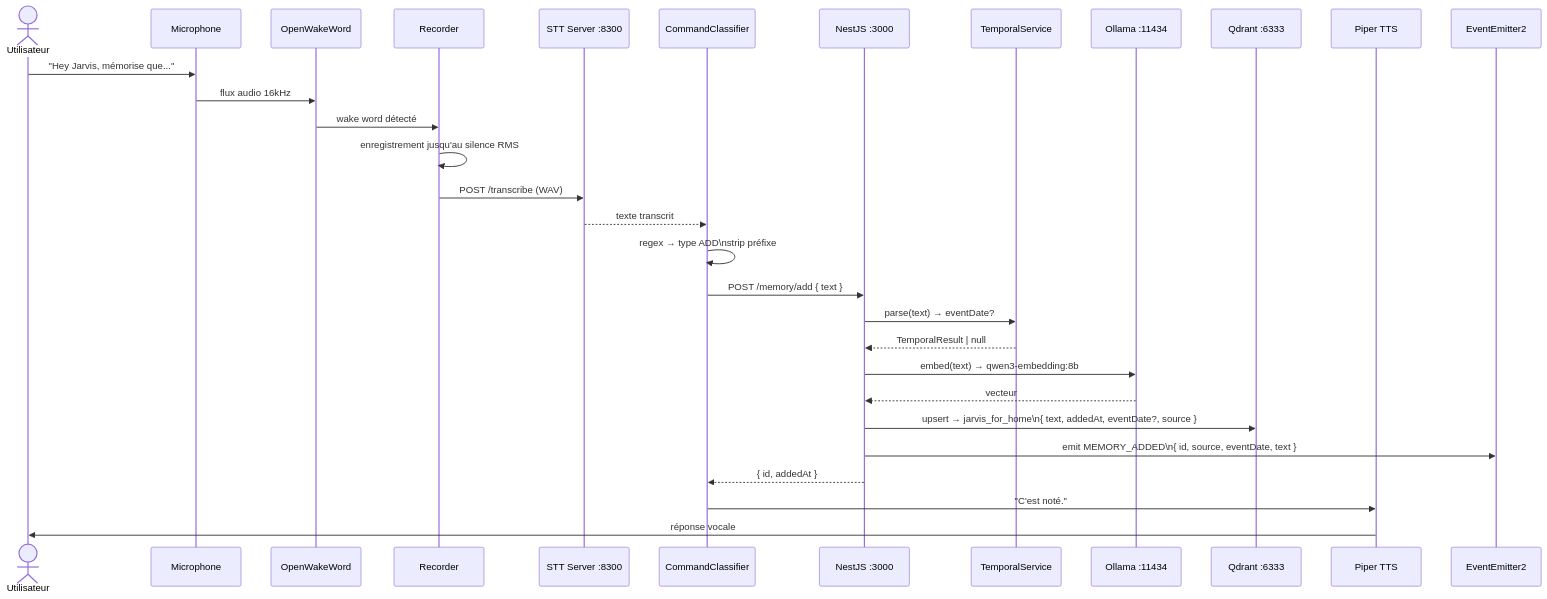
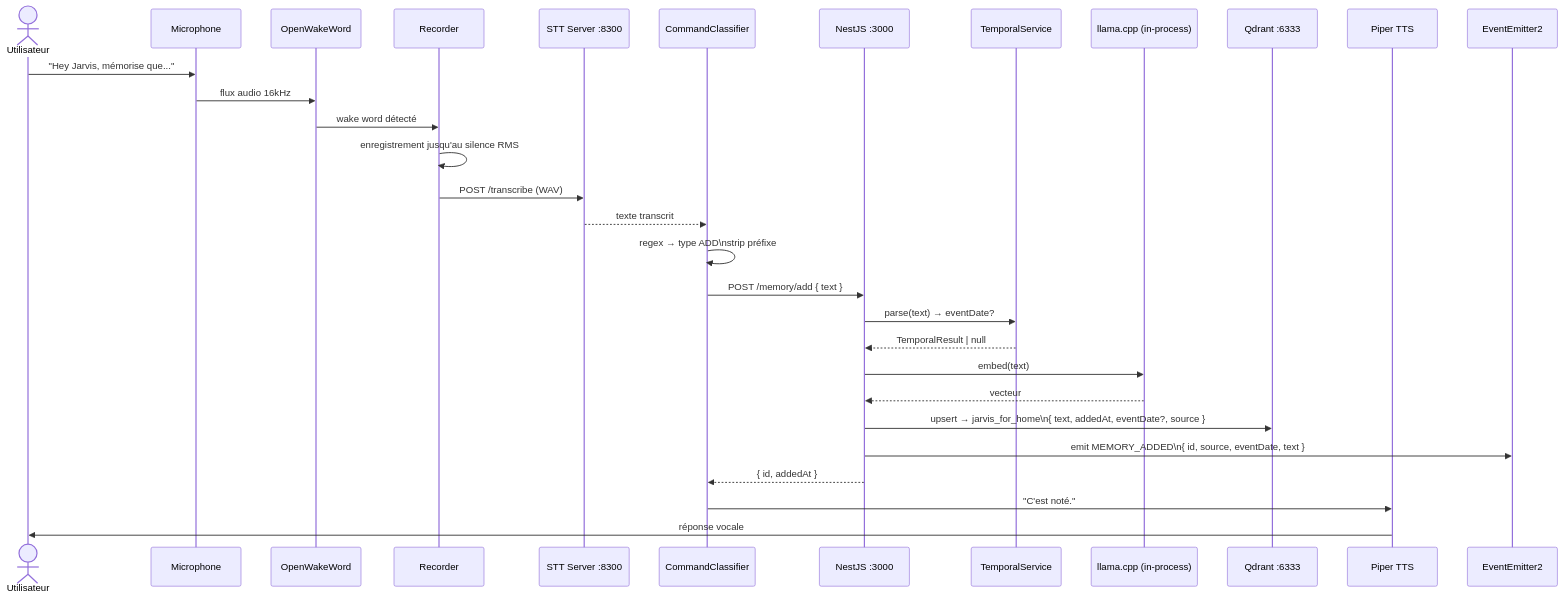
Before and after one commit to Yesub/jarvis-full-solution: the fourth of 11 diagrams in plan/architecture-flows.md, drawn with Mermaid. The commit also changed other lines of this file and 21 other files, not shown here.

First line of the commit message:
feat: add monitoring scripts for llama.cpp and implement LlamaCpp module and service

````diff
--- a/plan/architecture-flows.md
+++ b/plan/architecture-flows.md
@@ -151,33 +149,33 @@
 ```mermaid
 sequenceDiagram
     actor User as Utilisateur
     participant Mic as Microphone
     participant OWW as OpenWakeWord
     participant Rec as Recorder
     participant STT as STT Server :8300
     participant CLS as CommandClassifier
     participant NestJS as NestJS :3000
     participant Temp as TemporalService
-    participant Ollama as Ollama :11434
+    participant LlamaCpp as llama.cpp (in-process)
     participant Qdrant as Qdrant :6333
     participant TTS as Piper TTS
     participant EventBus as EventEmitter2
 
     User->>Mic: "Hey Jarvis, mémorise que..."
     Mic->>OWW: flux audio 16kHz
     OWW->>Rec: wake word détecté
     Rec->>Rec: enregistrement jusqu'au silence RMS
     Rec->>STT: POST /transcribe (WAV)
     STT-->>CLS: texte transcrit
     CLS->>CLS: regex → type ADD\nstrip préfixe
     CLS->>NestJS: POST /memory/add { text }
     NestJS->>Temp: parse(text) → eventDate?
     Temp-->>NestJS: TemporalResult | null
-    NestJS->>Ollama: embed(text) → qwen3-embedding:8b
-    Ollama-->>NestJS: vecteur
+    NestJS->>LlamaCpp: embed(text)
+    LlamaCpp-->>NestJS: vecteur
     NestJS->>Qdrant: upsert → jarvis_for_home\n{ text, addedAt, eventDate?, source }
     NestJS->>EventBus: emit MEMORY_ADDED\n{ id, source, eventDate, text }
     NestJS-->>CLS: { id, addedAt }
     CLS->>TTS: "C'est noté."
     TTS->>User: réponse vocale
 ```
````
